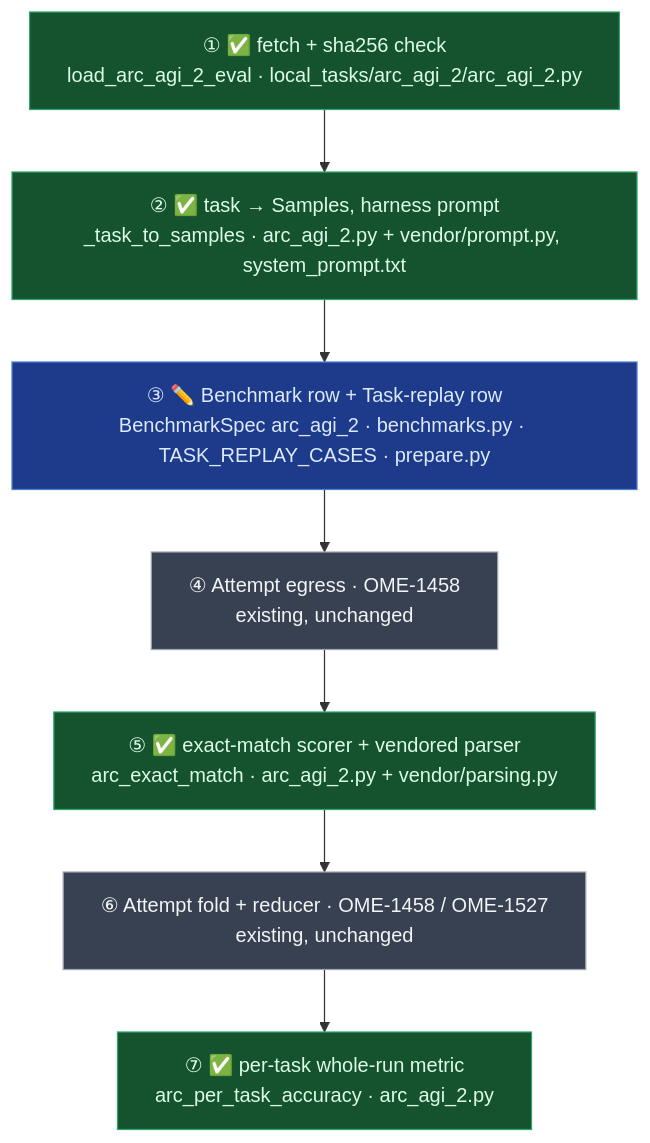
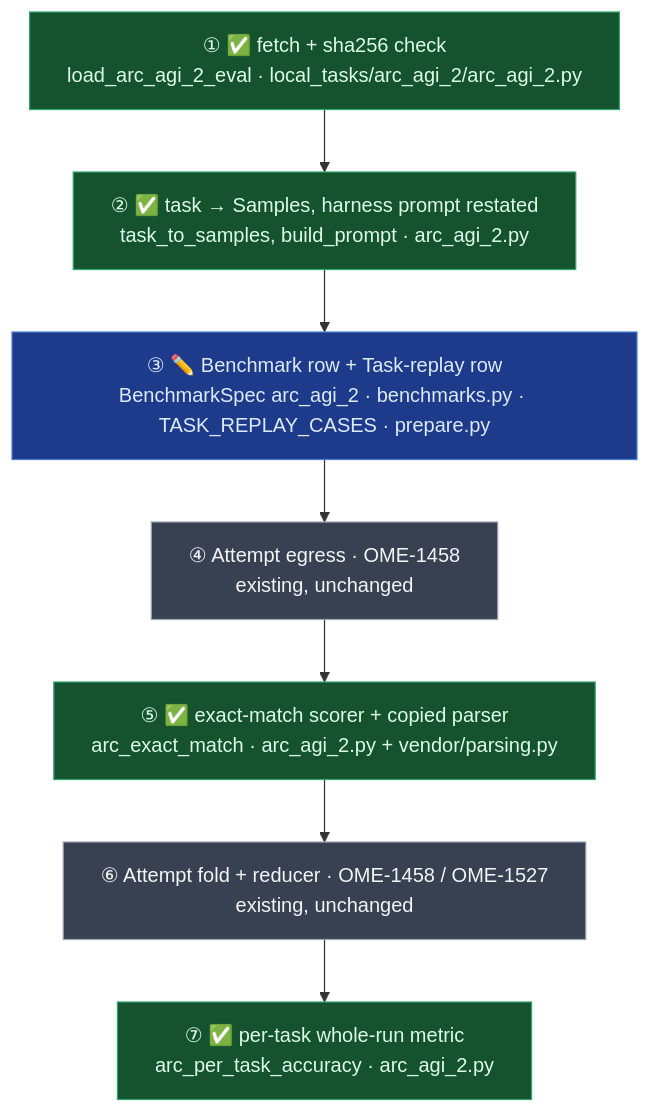
Before and after one commit to ScreamingFace/screamingface: the third of 3 diagrams in docs/spec/2026-10-12-OME-1476-arc-agi-2.md, drawn with Mermaid. The commit also changed other lines of this file, not shown here.

Commit message:
docs(screamingface-engine): match the ARC-AGI-2 spec's diagrams and D4 to the built code (OME-1476)
The prompt builder is restated, not copied, and the Sample builder is task_to_samples.

Refs: OME-1476

````diff
--- a/docs/spec/2026-10-12-OME-1476-arc-agi-2.md
+++ b/docs/spec/2026-10-12-OME-1476-arc-agi-2.md
@@ -150,15 +150,15 @@
 ```mermaid
 %%{init: {"flowchart": {"wrappingWidth": 440}}}%%
 flowchart TB
   n1["① ✅ fetch + sha256 check<br/>load_arc_agi_2_eval · local_tasks/arc_agi_2/arc_agi_2.py"]:::new
-  n2["② ✅ task → Samples, harness prompt<br/>_task_to_samples · arc_agi_2.py + vendor/prompt.py, system_prompt.txt"]:::new
+  n2["② ✅ task → Samples, harness prompt restated<br/>task_to_samples, build_prompt · arc_agi_2.py"]:::new
   n3["③ ✏️ Benchmark row + Task-replay row<br/>BenchmarkSpec arc_agi_2 · benchmarks.py · TASK_REPLAY_CASES · prepare.py"]:::changed
   n4["④ Attempt egress · OME-1458<br/>existing, unchanged"]:::plain
-  n5["⑤ ✅ exact-match scorer + vendored parser<br/>arc_exact_match · arc_agi_2.py + vendor/parsing.py"]:::new
+  n5["⑤ ✅ exact-match scorer + copied parser<br/>arc_exact_match · arc_agi_2.py + vendor/parsing.py"]:::new
   n6["⑥ Attempt fold + reducer · OME-1458 / OME-1527<br/>existing, unchanged"]:::plain
   n7["⑦ ✅ per-task whole-run metric<br/>arc_per_task_accuracy · arc_agi_2.py"]:::new
   n1 --> n2 --> n3 --> n4 --> n5 --> n6 --> n7
   classDef new     fill:#14532d,stroke:#30a46c,color:#dcfce7
   classDef changed fill:#1e3a8a,stroke:#4a7fd4,color:#dbeafe
   classDef plain   fill:#374151,stroke:#9ca3af,color:#f3f4f6
 ```
````
